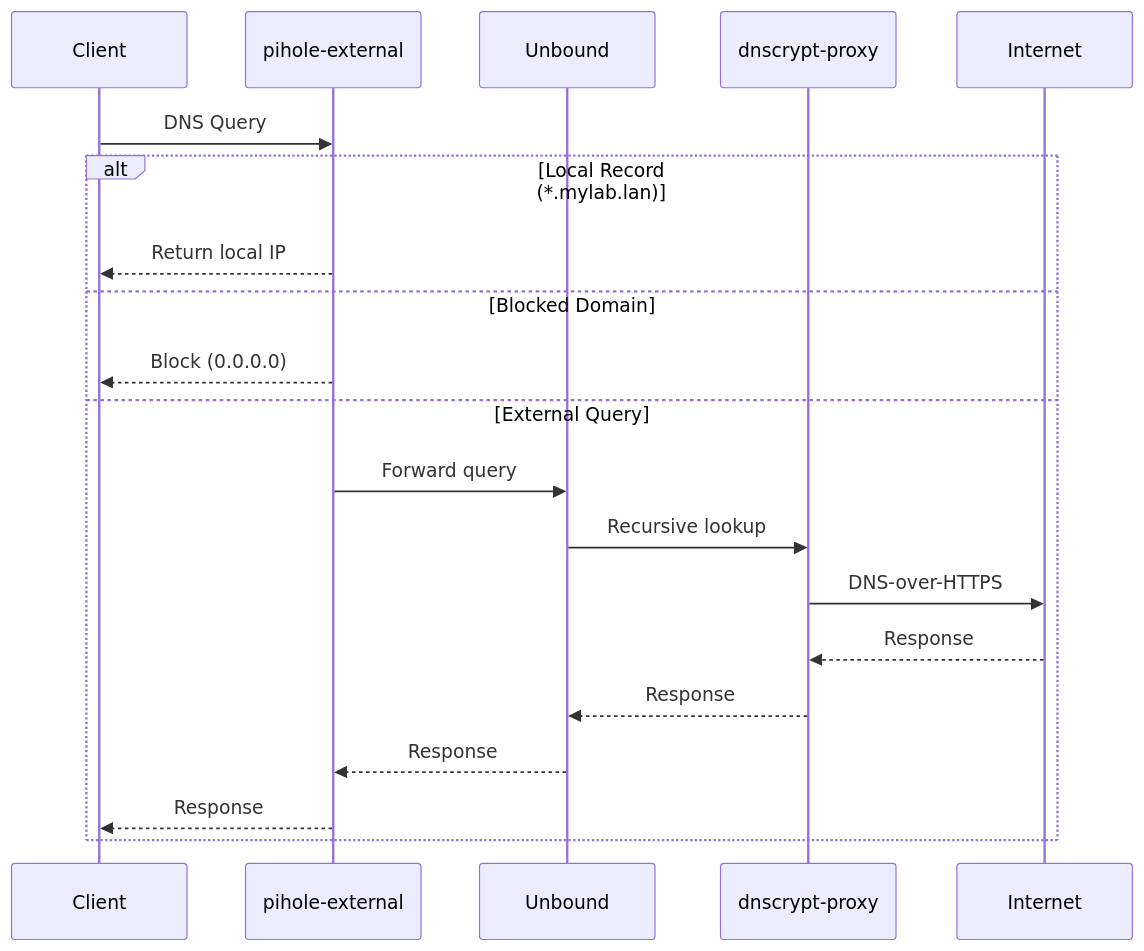
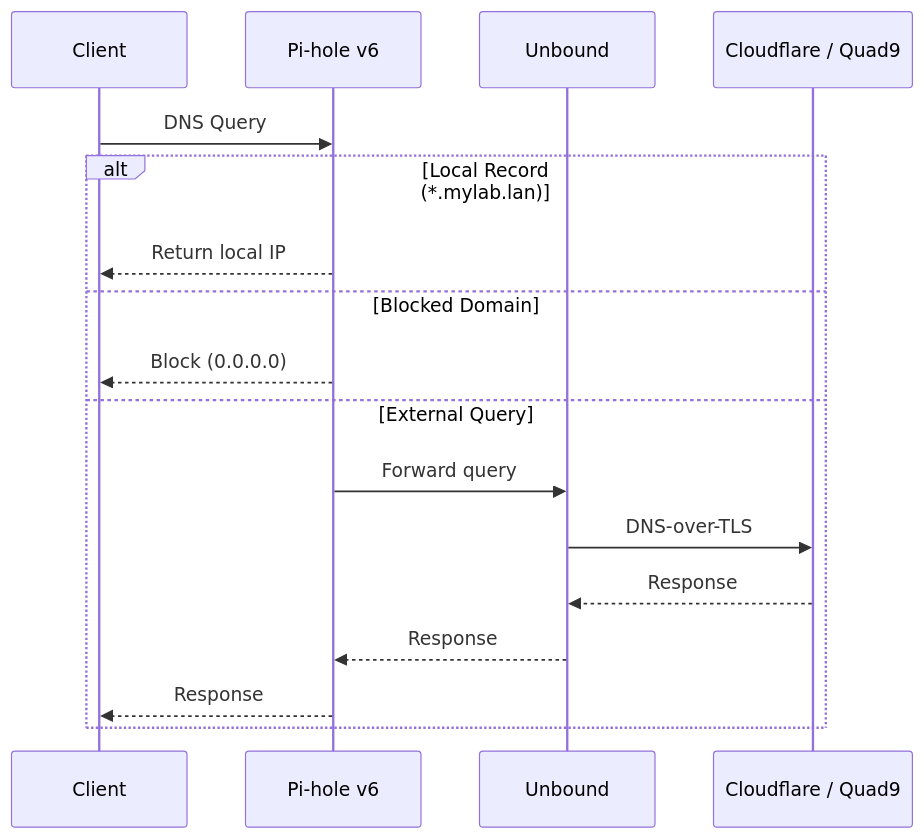
The second of 2 diagrams in docs/getting-started/prerequisites.md (jknyght9/proxmox-lab), drawn with Mermaid before and after one commit. The commit also changed other lines of this file and 33 other files, not shown here.

First line of the commit message:
Rewrite documentation to reflect current Nomad-based architecture

````diff
--- a/docs/getting-started/prerequisites.md
+++ b/docs/getting-started/prerequisites.md
@@ -189,24 +213,21 @@
 ```mermaid
 sequenceDiagram
     participant Client
-    participant Pihole as pihole-external
+    participant Pihole as Pi-hole v6
     participant Unbound
-    participant DNSCrypt as dnscrypt-proxy
-    participant Internet
+    participant Internet as Cloudflare / Quad9
 
     Client->>Pihole: DNS Query
 
     alt Local Record (*.mylab.lan)
         Pihole-->>Client: Return local IP
     else Blocked Domain
         Pihole-->>Client: Block (0.0.0.0)
     else External Query
         Pihole->>Unbound: Forward query
-        Unbound->>DNSCrypt: Recursive lookup
-        DNSCrypt->>Internet: DNS-over-HTTPS
-        Internet-->>DNSCrypt: Response
-        DNSCrypt-->>Unbound: Response
+        Unbound->>Internet: DNS-over-TLS
+        Internet-->>Unbound: Response
         Unbound-->>Pihole: Response
         Pihole-->>Client: Response
     end
 ```
````
